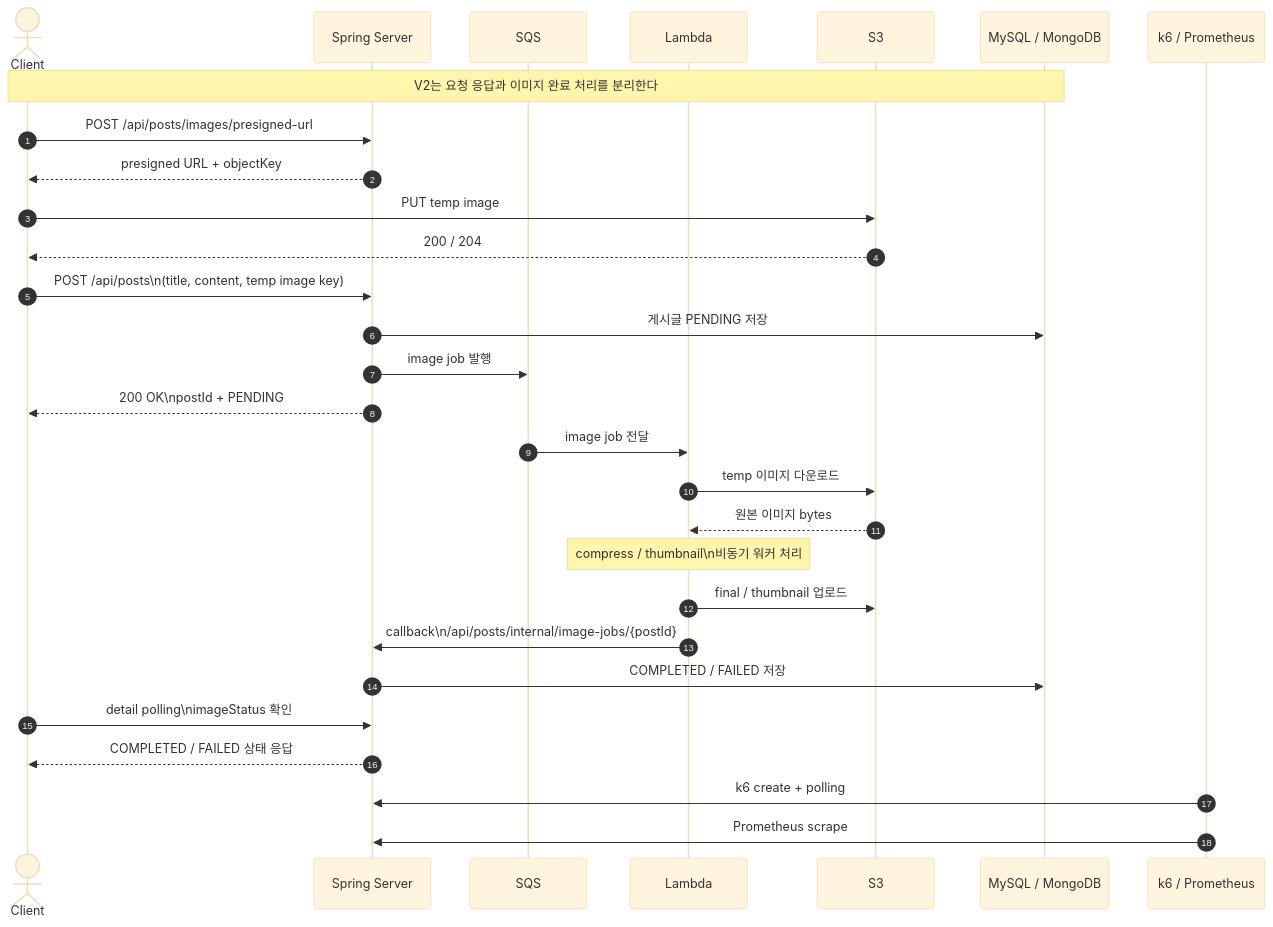
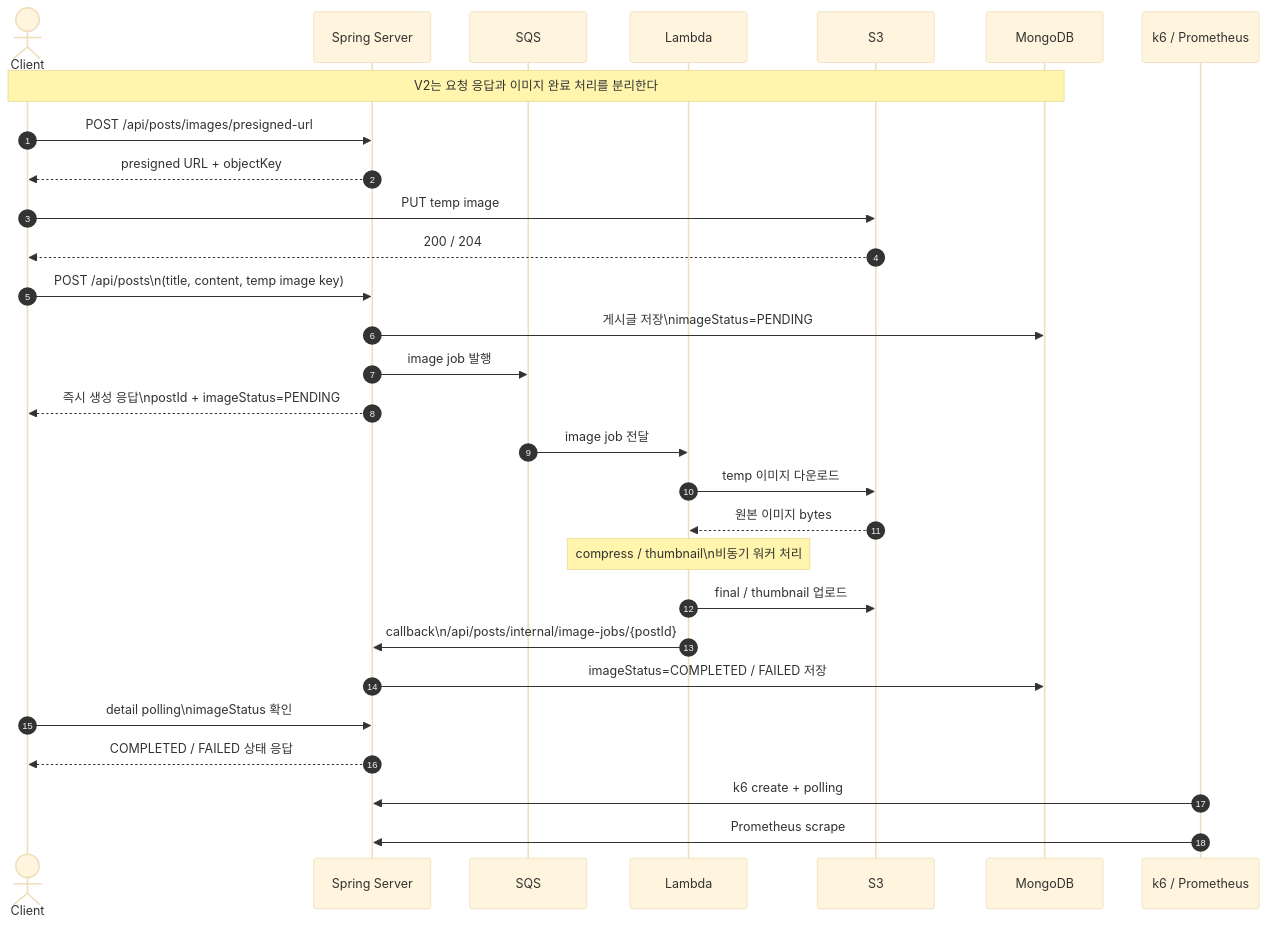
One commit to 100-hours-a-week/3-logan-cho-community-BE changed the second of 2 diagrams in docs/experiments/diagrams/image-pipeline-v1-v2-sequence.md. Above: the diagram before and after it, drawn with Mermaid (base theme). The commit also changed other lines of this file and 8 other files, not shown here.

Commit message:
docs: align architecture flows with actual image status model

````diff
--- a/docs/experiments/diagrams/image-pipeline-v1-v2-sequence.md
+++ b/docs/experiments/diagrams/image-pipeline-v1-v2-sequence.md
@@ -34,35 +34,35 @@
 ```mermaid
 sequenceDiagram
     autonumber
     actor Client
     participant Spring as Spring Server
     participant SQS
     participant Lambda
     participant S3
-    participant DB as MySQL / MongoDB
+    participant DB as MongoDB
     participant Obs as k6 / Prometheus
 
     Note over Client,DB: V2는 요청 응답과 이미지 완료 처리를 분리한다
 
     Client->>Spring: POST /api/posts/images/presigned-url
     Spring-->>Client: presigned URL + objectKey
     Client->>S3: PUT temp image
     S3-->>Client: 200 / 204
     Client->>Spring: POST /api/posts\n(title, content, temp image key)
-    Spring->>DB: 게시글 PENDING 저장
+    Spring->>DB: 게시글 저장\nimageStatus=PENDING
     Spring->>SQS: image job 발행
-    Spring-->>Client: 200 OK\npostId + PENDING
+    Spring-->>Client: 즉시 생성 응답\npostId + imageStatus=PENDING
 
     SQS->>Lambda: image job 전달
     Lambda->>S3: temp 이미지 다운로드
     S3-->>Lambda: 원본 이미지 bytes
     Note over Lambda: compress / thumbnail\n비동기 워커 처리
     Lambda->>S3: final / thumbnail 업로드
     Lambda->>Spring: callback\n/api/posts/internal/image-jobs/{postId}
-    Spring->>DB: COMPLETED / FAILED 저장
+    Spring->>DB: imageStatus=COMPLETED / FAILED 저장
     Client->>Spring: detail polling\nimageStatus 확인
     Spring-->>Client: COMPLETED / FAILED 상태 응답
 
     Obs->>Spring: k6 create + polling
     Obs->>Spring: Prometheus scrape
 ```
````
